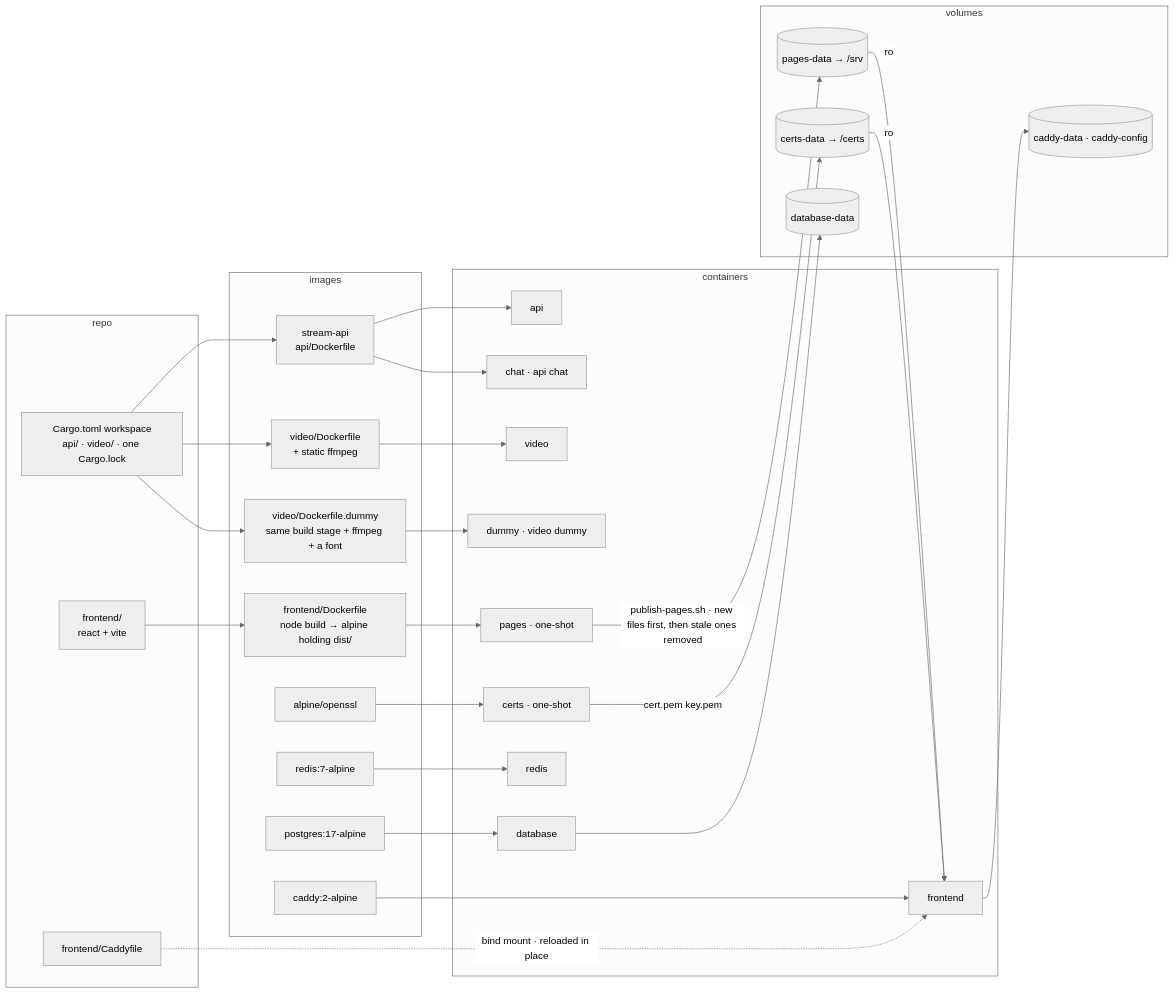
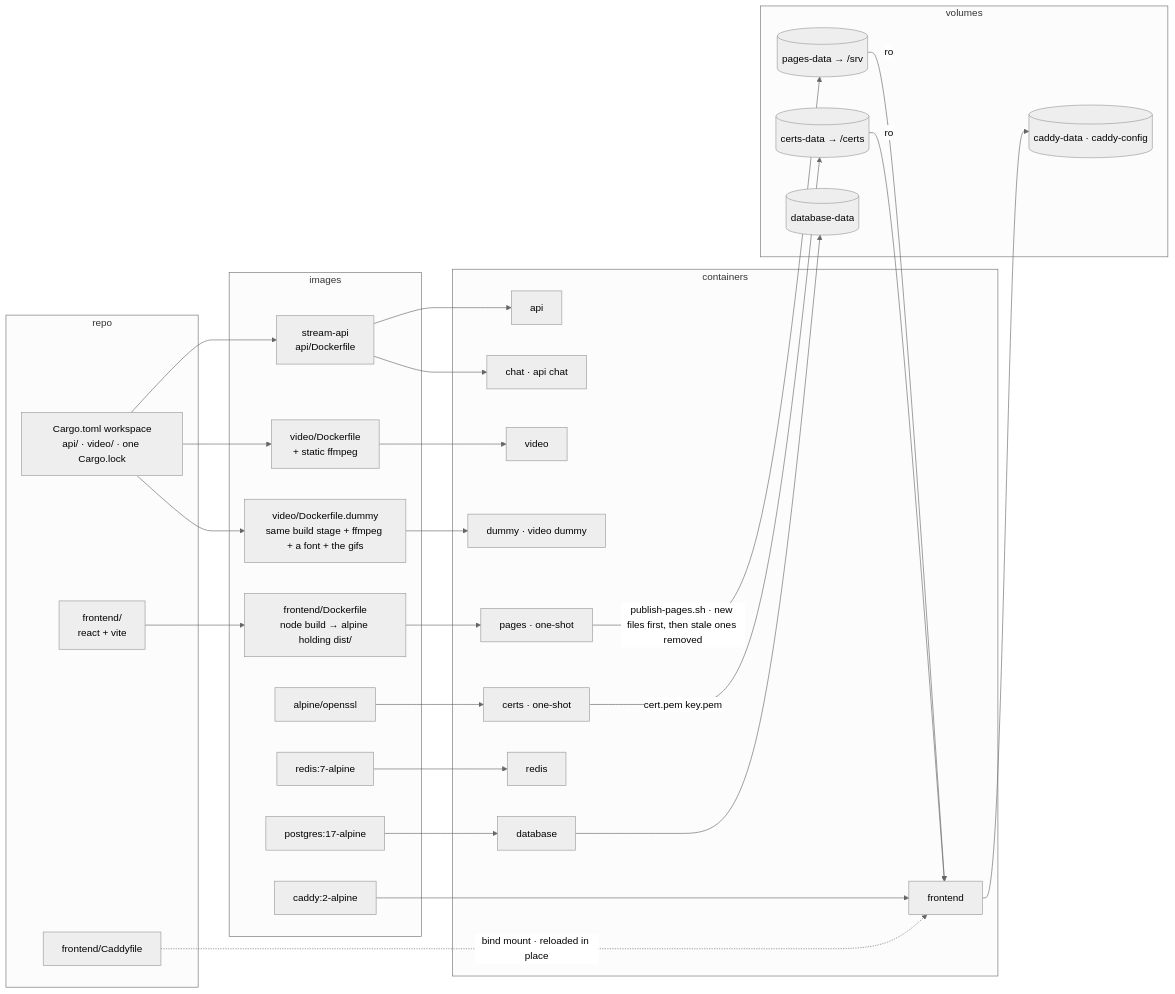
The seventh of 10 diagrams in docs/architecture-picture.md (ZeroNerodaHero/slop-stream-architecture), drawn with Mermaid (neutral theme) before and after one commit. The commit also changed other lines of this file and 31 other files, not shown here.

````diff
--- a/docs/architecture-picture.md
+++ b/docs/architecture-picture.md
@@ -209,54 +209,54 @@
 ```mermaid
 flowchart LR
   subgraph src["repo"]
     cargo["Cargo.toml workspace<br/>api/ · video/ · one Cargo.lock"]
     fe["frontend/<br/>react + vite"]
     caddyfile["frontend/Caddyfile"]
   end
 
   subgraph images["images"]
     apiimg["stream-api<br/>api/Dockerfile"]
     videoimg["video/Dockerfile<br/>+ static ffmpeg"]
-    dummyimg["video/Dockerfile.dummy<br/>same build stage + ffmpeg + a font"]
+    dummyimg["video/Dockerfile.dummy<br/>same build stage + ffmpeg + a font + the gifs"]
     pagesimg["frontend/Dockerfile<br/>node build → alpine holding dist/"]
     caddyimg["caddy:2-alpine"]
     pgimg["postgres:17-alpine"]
     redisimg["redis:7-alpine"]
     osslimg["alpine/openssl"]
   end
 
   subgraph containers["containers"]
     api["api"]
     chat["chat · api chat"]
     video["video"]
     dummy["dummy · video dummy"]
     pages["pages · one-shot"]
     frontend["frontend"]
     database["database"]
     redis["redis"]
     certs["certs · one-shot"]
   end
 
   subgraph vols["volumes"]
     pagesdata[("pages-data → /srv")]
     certsdata[("certs-data → /certs")]
     dbdata[("database-data")]
     caddydata[("caddy-data · caddy-config")]
   end
 
   cargo --> apiimg --> api
   apiimg --> chat
   cargo --> videoimg --> video
   cargo --> dummyimg --> dummy
   fe --> pagesimg --> pages
   caddyimg --> frontend
   pgimg --> database
   redisimg --> redis
   osslimg --> certs
 
   pages -->|"publish-pages.sh · new files first, then stale ones removed"| pagesdata -->|"ro"| frontend
   certs -->|"cert.pem key.pem"| certsdata -->|"ro"| frontend
   caddyfile -.->|"bind mount · reloaded in place"| frontend
   database --> dbdata
   frontend --> caddydata
 ```
````
